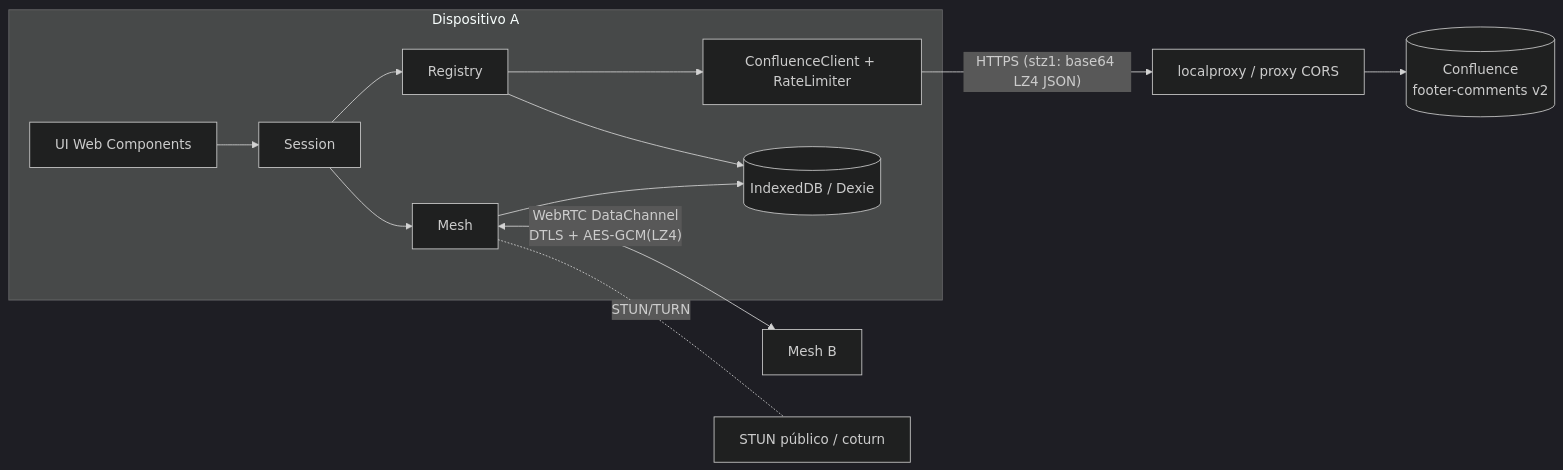
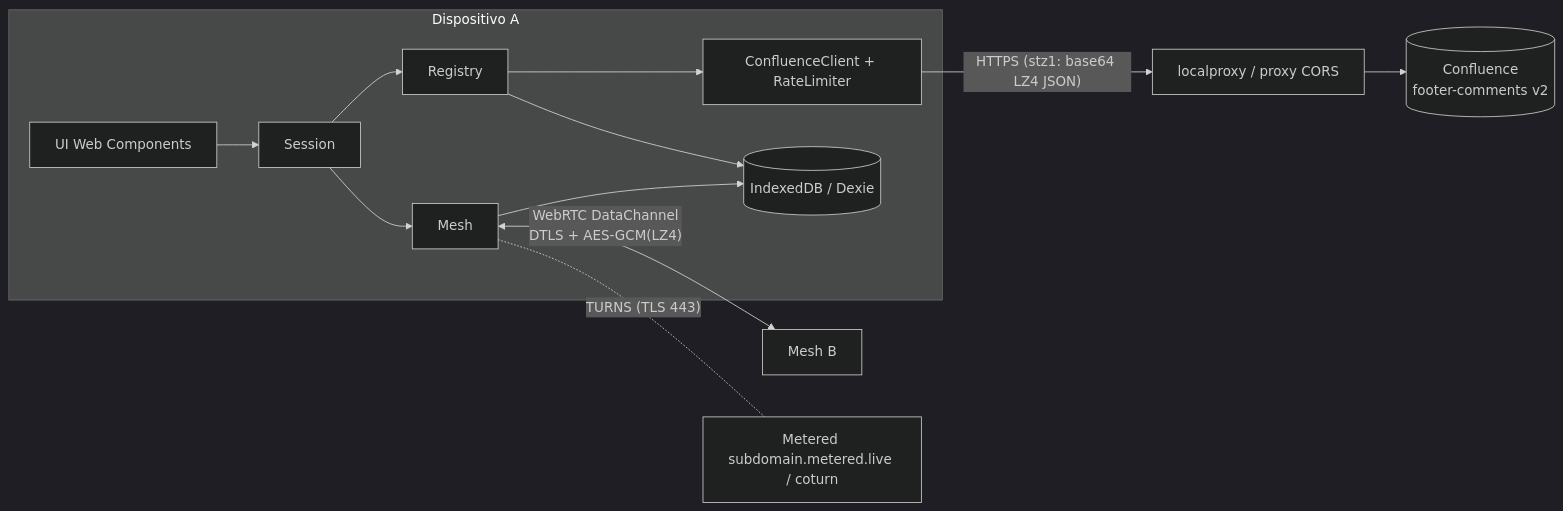
One commit to Mordaft/statim changed the first of 2 diagrams in TECHNICAL_BRIEF.md. Above: the diagram before and after it, drawn with Mermaid (dark theme). The commit also changed other lines of this file and 15 other files, not shown here.

````diff
--- a/TECHNICAL_BRIEF.md
+++ b/TECHNICAL_BRIEF.md
@@ -34,14 +34,14 @@
 ```mermaid
 flowchart LR
   subgraph Dispositivo A
     UIA[UI Web Components] --> SA[Session]
     SA --> RA[Registry] --> CA[ConfluenceClient + RateLimiter]
     SA --> MA[Mesh]
     MA --> DBA[(IndexedDB / Dexie)]
     RA --> DBA
   end
   CA -- "HTTPS (stz1: base64 LZ4 JSON)" --> P[localproxy / proxy CORS]
   P --> C[(Confluence<br/>footer-comments v2)]
   MA <-- "WebRTC DataChannel<br/>DTLS + AES-GCM(LZ4)" --> MB[Mesh B]
-  MA -. STUN/TURN .- T[STUN público / coturn]
+  MA -. TURNS (TLS 443) .- T[Metered subdomain.metered.live / coturn]
 ```
````
